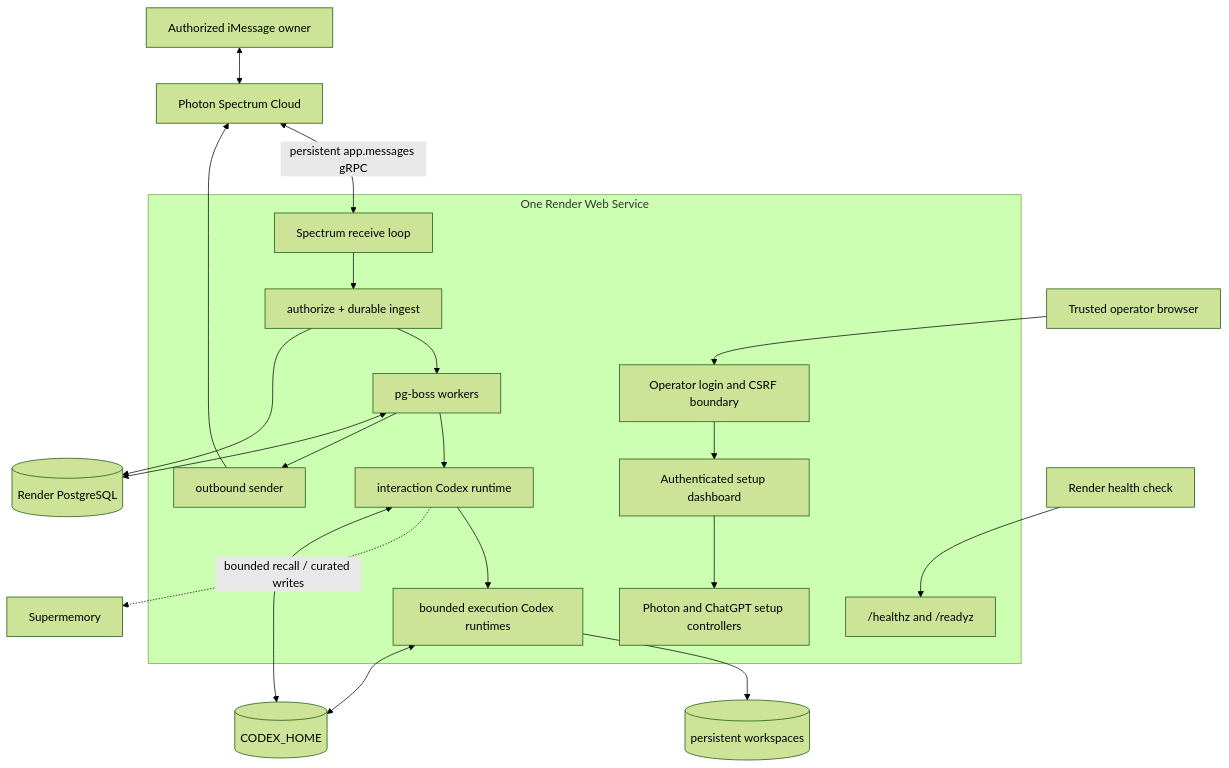
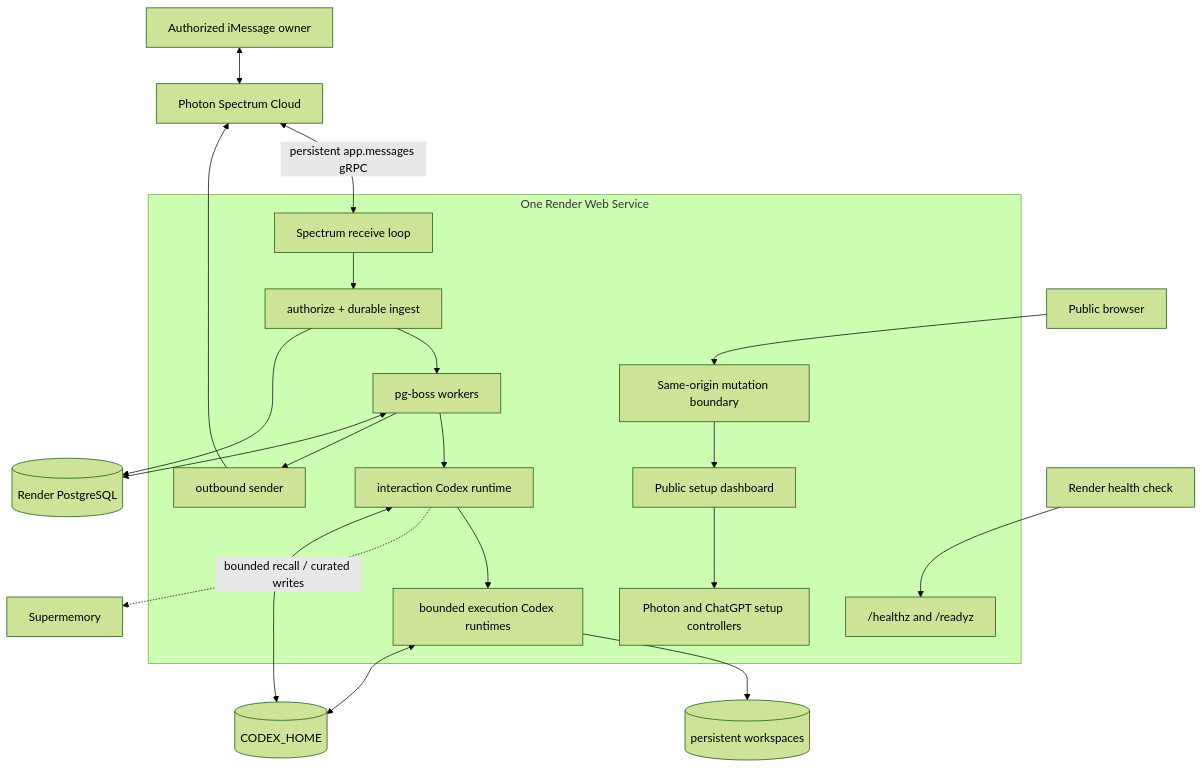
The first of 3 diagrams in docs/ARCHITECTURE.md (tecxbro/iMessage-agent-render), drawn with Mermaid (forest theme) before and after one commit. The commit also changed other lines of this file and 33 other files, not shown here.

````diff
--- a/docs/ARCHITECTURE.md
+++ b/docs/ARCHITECTURE.md
@@ -30,29 +30,29 @@
 ```mermaid
 flowchart TB
   U["Authorized iMessage owner"] <--> P["Photon Spectrum Cloud"]
   P <-->|"persistent app.messages gRPC"| T["Spectrum receive loop"]
-  B["Trusted operator browser"]
+  B["Public browser"]
 
   subgraph W["One Render Web Service"]
-    L["Operator login and CSRF boundary"]
-    L --> DSH["Authenticated setup dashboard"]
+    L["Same-origin mutation boundary"]
+    L --> DSH["Public setup dashboard"]
     DSH --> PS["Photon and ChatGPT setup controllers"]
     T --> A["authorize + durable ingest"]
     A --> Q["pg-boss workers"]
     Q --> I["interaction Codex runtime"]
     I --> E["bounded execution Codex runtimes"]
     Q --> O["outbound sender"]
     H["/healthz and /readyz"]
   end
 
   A --> DB[("Render PostgreSQL")]
   Q <--> DB
   O --> P
   I -. "bounded recall / curated writes" .-> SM["Supermemory"]
   E --> WS[("persistent workspaces")]
   I <--> CH[("CODEX_HOME")]
   E <--> CH
 
   B --> L
   R["Render health check"] --> H
 ```
````
